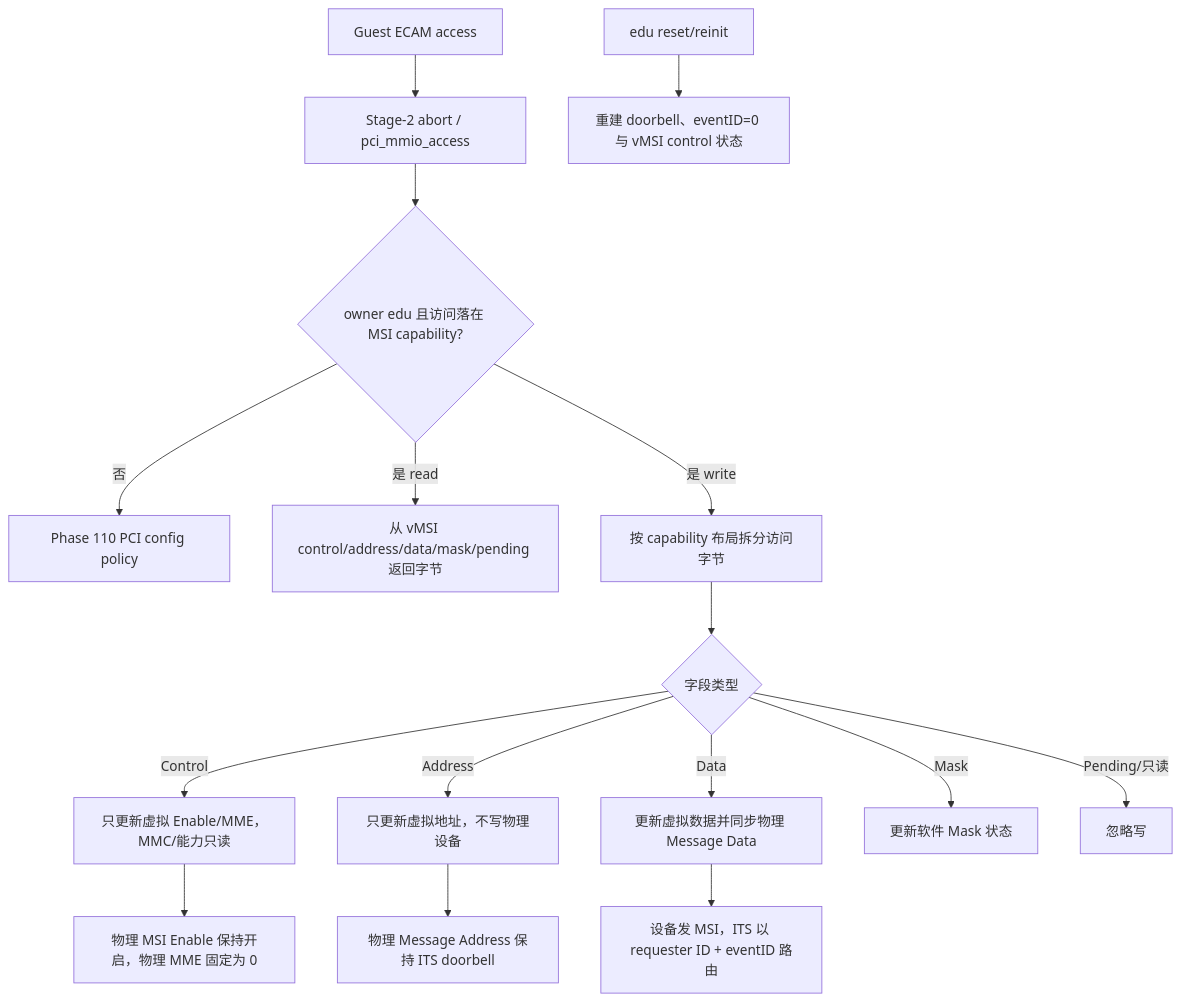
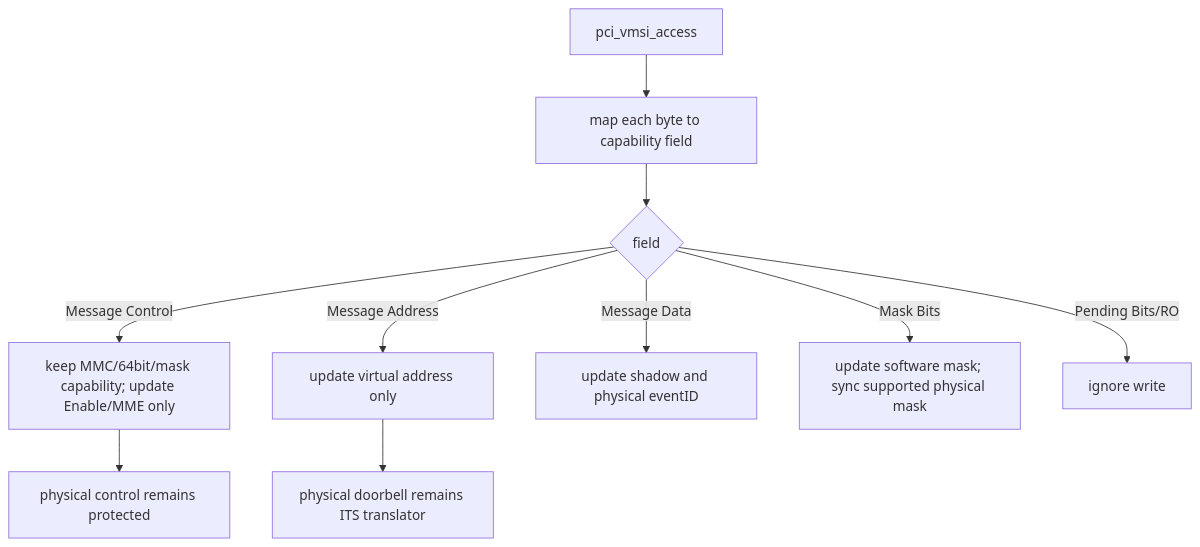
One commit to huangtan203/avisor changed the second of 4 diagrams in docs/Phase111_vMSI与MSI写拦截_详细设计文档.md. Above: the diagram before and after it, drawn with Mermaid. The commit also changed other lines of this file, not shown here.

Commit message:
docs(pci): rebuild Phase 111 vMSI design

````diff
--- a/docs/Phase111_vMSI与MSI写拦截_详细设计文档.md
+++ b/docs/Phase111_vMSI与MSI写拦截_详细设计文档.md
@@ -15,18 +43,12 @@
 ```mermaid
 flowchart TD
-    A[Guest ECAM access] --> B[Stage-2 abort / pci_mmio_access]
-    B --> C{owner edu 且访问落在 MSI capability?}
-    C -->|否| D[Phase 110 PCI config policy]
-    C -->|是 read| E[从 vMSI control/address/data/mask/pending 返回字节]
-    C -->|是 write| F[按 capability 布局拆分访问字节]
-    F --> G{字段类型}
-    G -->|Control| H[只更新虚拟 Enable/MME，MMC/能力只读]
-    G -->|Address| I[只更新虚拟地址，不写物理设备]
-    G -->|Data| J[更新虚拟数据并同步物理 Message Data]
-    G -->|Mask| K[更新软件 Mask 状态]
-    G -->|Pending/只读| L[忽略写]
-    H --> M[物理 MSI Enable 保持开启，物理 MME 固定为 0]
-    I --> N[物理 Message Address 保持 ITS doorbell]
-    J --> O[设备发 MSI，ITS 以 requester ID + eventID 路由]
-    P[edu reset/reinit] --> Q[重建 doorbell、eventID=0 与 vMSI control 状态]
+    A[pci_vmsi_access] --> B[map each byte to capability field]
+    B --> C{field}
+    C -->|Message Control| D[keep MMC/64bit/mask capability; update Enable/MME only]
+    C -->|Message Address| E[update virtual address only]
+    C -->|Message Data| F[update shadow and physical eventID]
+    C -->|Mask Bits| G[update software mask; sync supported physical mask]
+    C -->|Pending Bits/RO| H[ignore write]
+    D --> I[physical control remains protected]
+    E --> J[physical doorbell remains ITS translator]
 ```
````
